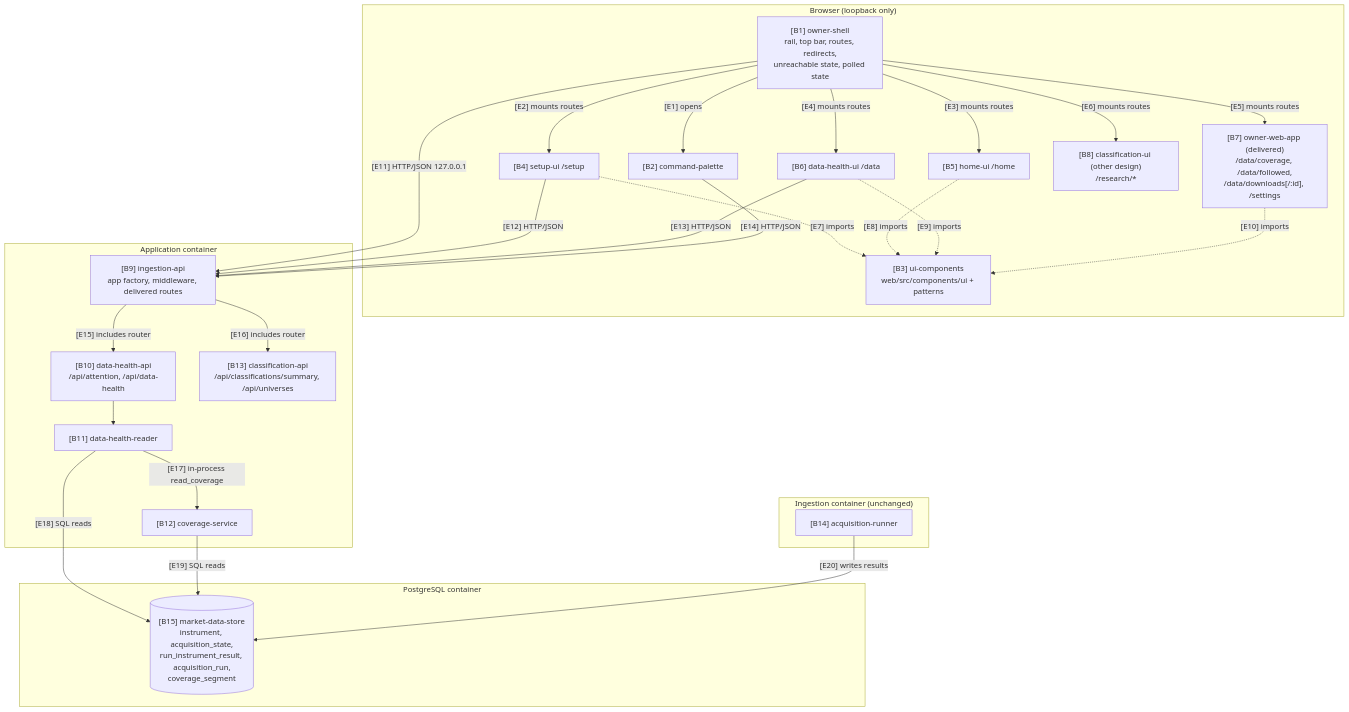
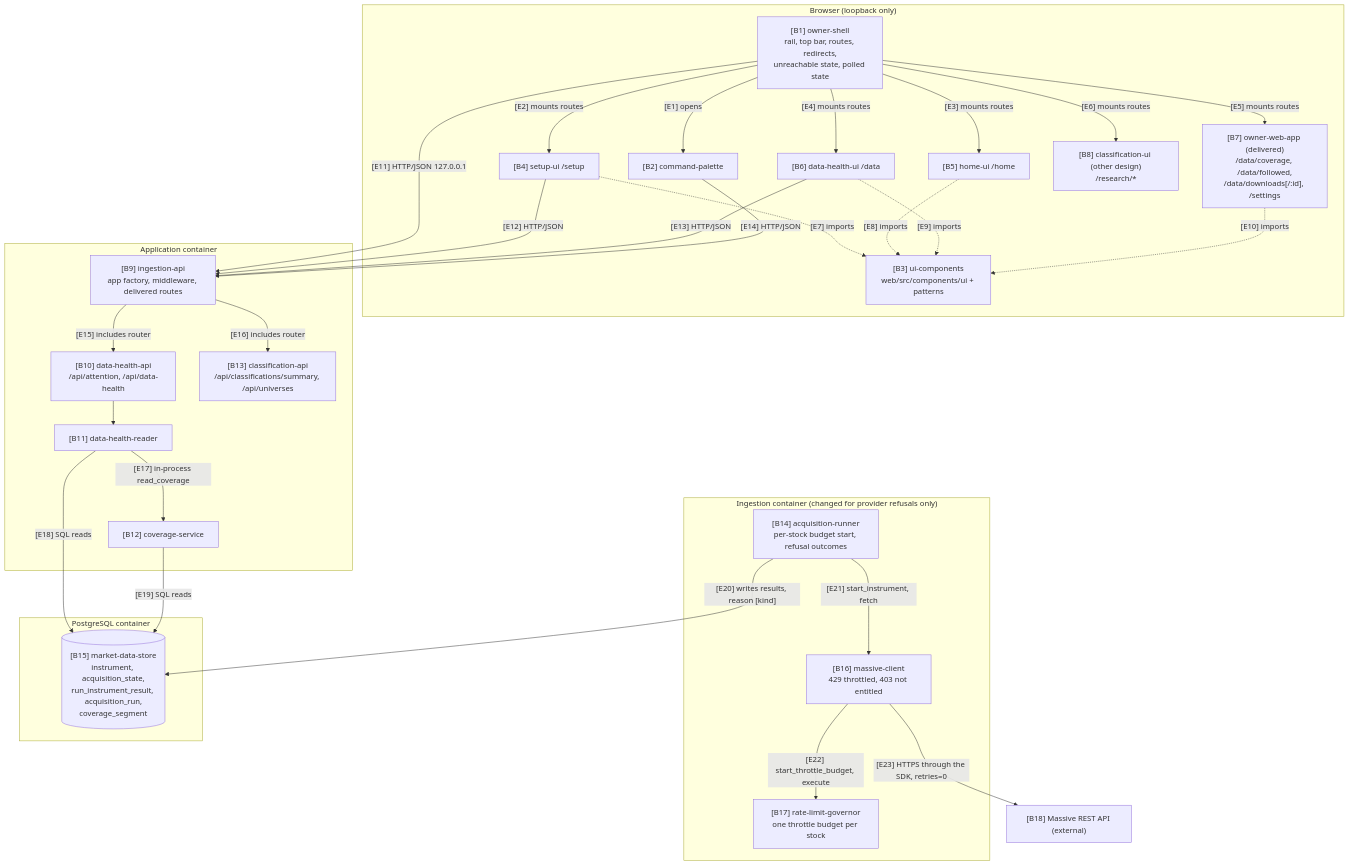
Before and after one commit to ajodraca/FactorFlow-v2: the first of 7 diagrams in docs/capabilities/CAP-003-app-shell-and-data-health/design/system-design.md, drawn with Mermaid. The commit also changed other lines of this file and 1 other file, not shown here.

Commit message:
design(CAP-003): system design v2 for AC-29 and AC-30, provider refusals by cause (F1)

````diff
--- a/docs/capabilities/CAP-003-app-shell-and-data-health/design/system-design.md
+++ b/docs/capabilities/CAP-003-app-shell-and-data-health/design/system-design.md
@@ -132,51 +181,58 @@
 ```mermaid
 flowchart TB
     subgraph BROWSER["Browser (loopback only)"]
         SH["[B1] owner-shell<br/>rail, top bar, routes, redirects,<br/>unreachable state, polled state"]
         CP["[B2] command-palette"]
         UIK["[B3] ui-components<br/>web/src/components/ui + patterns"]
         SU["[B4] setup-ui /setup"]
         HU["[B5] home-ui /home"]
         DHU["[B6] data-health-ui /data"]
         OWA["[B7] owner-web-app (delivered)<br/>/data/coverage, /data/followed,<br/>/data/downloads[/:id], /settings"]
         CUI["[B8] classification-ui (other design)<br/>/research/*"]
     end
 
     subgraph APPC["Application container"]
         API["[B9] ingestion-api<br/>app factory, middleware, delivered routes"]
         DHA["[B10] data-health-api<br/>/api/attention, /api/data-health"]
         DHR["[B11] data-health-reader"]
         COV["[B12] coverage-service"]
         CAPI["[B13] classification-api<br/>/api/classifications/summary, /api/universes"]
     end
 
-    subgraph INGC["Ingestion container (unchanged)"]
-        RUN["[B14] acquisition-runner"]
+    subgraph INGC["Ingestion container (changed for provider refusals only)"]
+        RUN["[B14] acquisition-runner<br/>per-stock budget start, refusal outcomes"]
+        MC["[B16] massive-client<br/>429 throttled, 403 not entitled"]
+        GOV["[B17] rate-limit-governor<br/>one throttle budget per stock"]
     end
+
+    PRV["[B18] Massive REST API (external)"]
 
     subgraph DB["PostgreSQL container"]
         MDS[("[B15] market-data-store<br/>instrument, acquisition_state,<br/>run_instrument_result, acquisition_run,<br/>coverage_segment")]
     end
 
     SH -->|"[E1] opens"| CP
     SH -->|"[E2] mounts routes"| SU
     SH -->|"[E3] mounts routes"| HU
     SH -->|"[E4] mounts routes"| DHU
     SH -->|"[E5] mounts routes"| OWA
     SH -->|"[E6] mounts routes"| CUI
     SU -.->|"[E7] imports"| UIK
     HU -.->|"[E8] imports"| UIK
     DHU -.->|"[E9] imports"| UIK
     OWA -.->|"[E10] imports"| UIK
     SH -->|"[E11] HTTP/JSON 127.0.0.1"| API
     SU -->|"[E12] HTTP/JSON"| API
     DHU -->|"[E13] HTTP/JSON"| API
     CP -->|"[E14] HTTP/JSON"| API
     API -->|"[E15] includes router"| DHA
     API -->|"[E16] includes router"| CAPI
     DHA --> DHR
     DHR -->|"[E17] in-process read_coverage"| COV
     DHR -->|"[E18] SQL reads"| MDS
     COV -->|"[E19] SQL reads"| MDS
-    RUN -->|"[E20] writes results"| MDS
+    RUN -->|"[E20] writes results, reason [kind]"| MDS
+    RUN -->|"[E21] start_instrument, fetch"| MC
+    MC -->|"[E22] start_throttle_budget, execute"| GOV
+    MC -->|"[E23] HTTPS through the SDK, retries=0"| PRV
 ```
````
